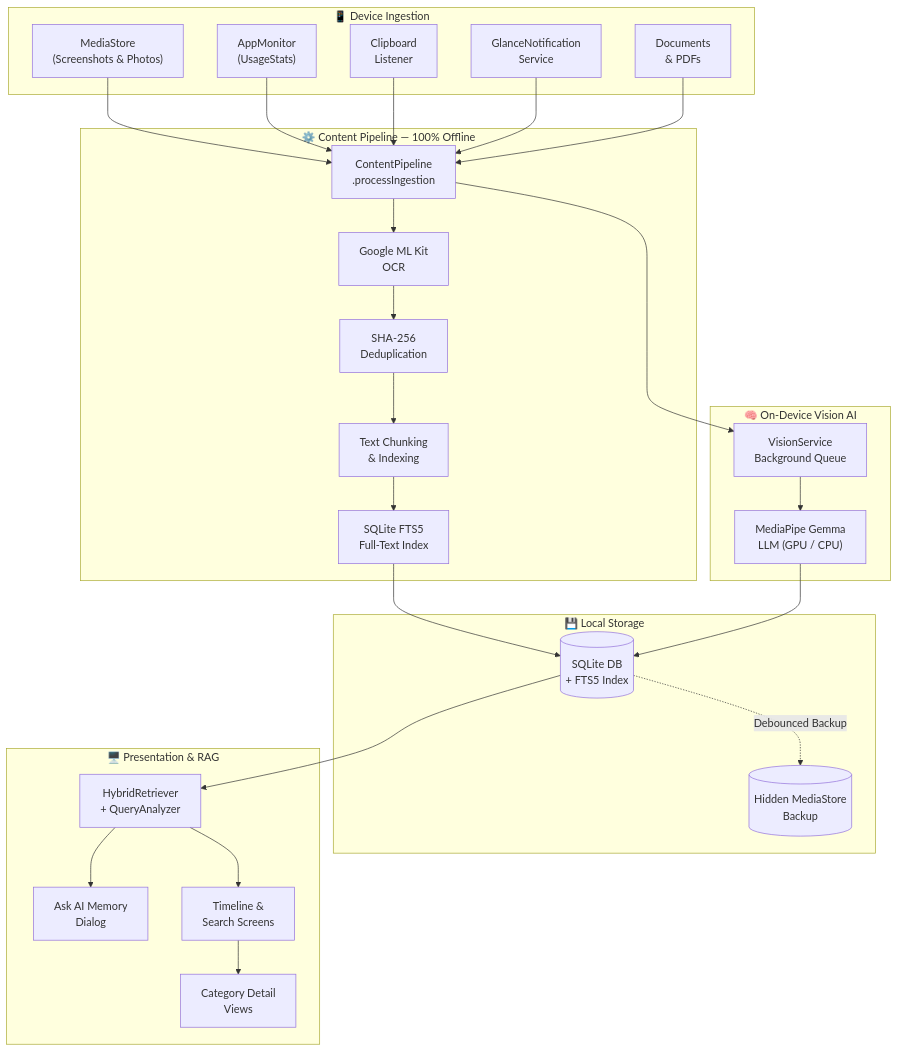
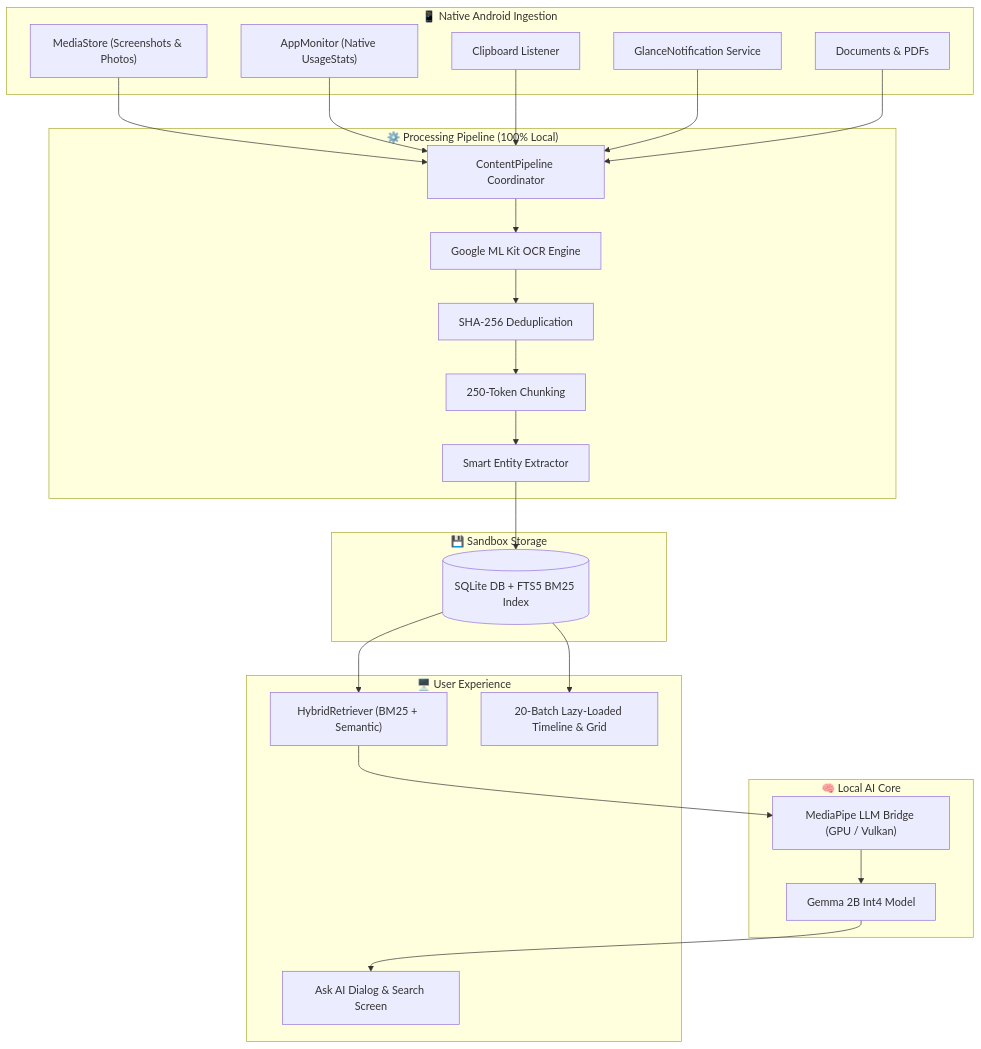
The diagram in README.md (sanjay434343/Glance), drawn with Mermaid before and after one commit. The commit also changed other lines of this file, not shown here.

Commit message:
Docs: Revamp README with 10-second hook, comparison table, APK download badges, and screenshots

````diff
--- a/README.md
+++ b/README.md
@@ -118,42 +153,39 @@
 ```mermaid
 graph TD
-    subgraph Capture["📱 Device Ingestion"]
-        A["MediaStore\n(Screenshots & Photos)"]
-        B["AppMonitor\n(UsageStats)"]
-        C["Clipboard\nListener"]
-        D["GlanceNotification\nService"]
-        E["Documents\n& PDFs"]
+    subgraph Ingestion["📱 Native Android Ingestion"]
+        A["MediaStore (Screenshots & Photos)"]
+        B["AppMonitor (Native UsageStats)"]
+        C["Clipboard Listener"]
+        D["GlanceNotification Service"]
+        E["Documents & PDFs"]
     end
 
-    subgraph Pipeline["⚙️ Content Pipeline — 100% Offline"]
-        F["ContentPipeline\n.processIngestion"]
-        G["Google ML Kit\nOCR"]
-        H["SHA-256\nDeduplication"]
-        I["Text Chunking\n& Indexing"]
-        J["SQLite FTS5\nFull-Text Index"]
+    subgraph Pipeline["⚙️ Processing Pipeline (100% Local)"]
+        F["ContentPipeline Coordinator"]
+        G["Google ML Kit OCR Engine"]
+        H["SHA-256 Deduplication"]
+        I["250-Token Chunking"]
+        J["Smart Entity Extractor"]
     end
 
-    subgraph Storage["💾 Local Storage"]
-        K[("SQLite DB\n+ FTS5 Index")]
-        L[("Hidden MediaStore\nBackup")]
+    subgraph Storage["💾 Sandbox Storage"]
+        K[("SQLite DB + FTS5 BM25 Index")]
     end
 
-    subgraph AI["🧠 On-Device Vision AI"]
-        M["VisionService\nBackground Queue"]
-        N["MediaPipe Gemma\nLLM (GPU / CPU)"]
+    subgraph AI["🧠 Local AI Core"]
+        L["MediaPipe LLM Bridge (GPU / Vulkan)"]
+        M["Gemma 2B Int4 Model"]
     end
 
-    subgraph UI["🖥️ Presentation & RAG"]
-        O["HybridRetriever\n+ QueryAnalyzer"]
-        P["Ask AI Memory\nDialog"]
-        Q["Timeline &\nSearch Screens"]
-        R["Category Detail\nViews"]
+    subgraph Presentation["🖥️ User Experience"]
+        N["HybridRetriever (BM25 + Semantic)"]
+        O["Ask AI Dialog & Search Screen"]
+        P["20-Batch Lazy-Loaded Timeline & Grid"]
     end
 
     A & B & C & D & E --> F
     F --> G --> H --> I --> J --> K
-    K -.->|Debounced Backup| L
-    F --> M --> N --> K
-    K --> O --> P & Q
-    Q --> R
+    K --> N
+    N --> L --> M --> O
+    K --> P
 ```
````
